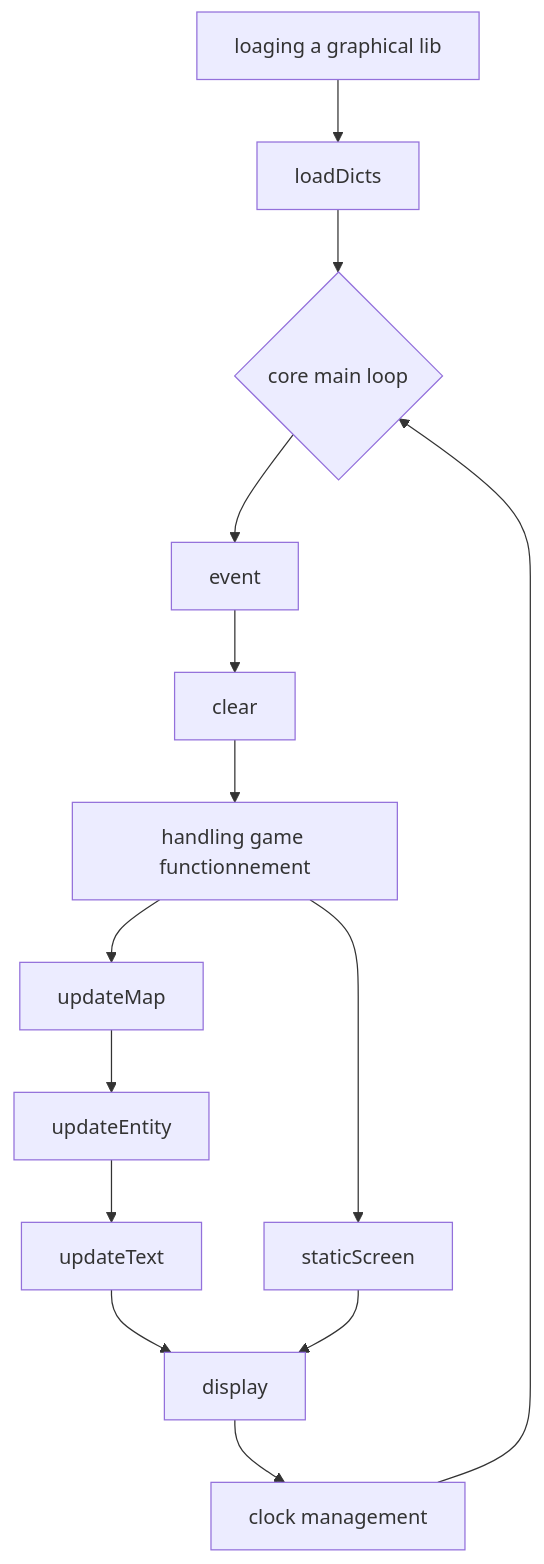
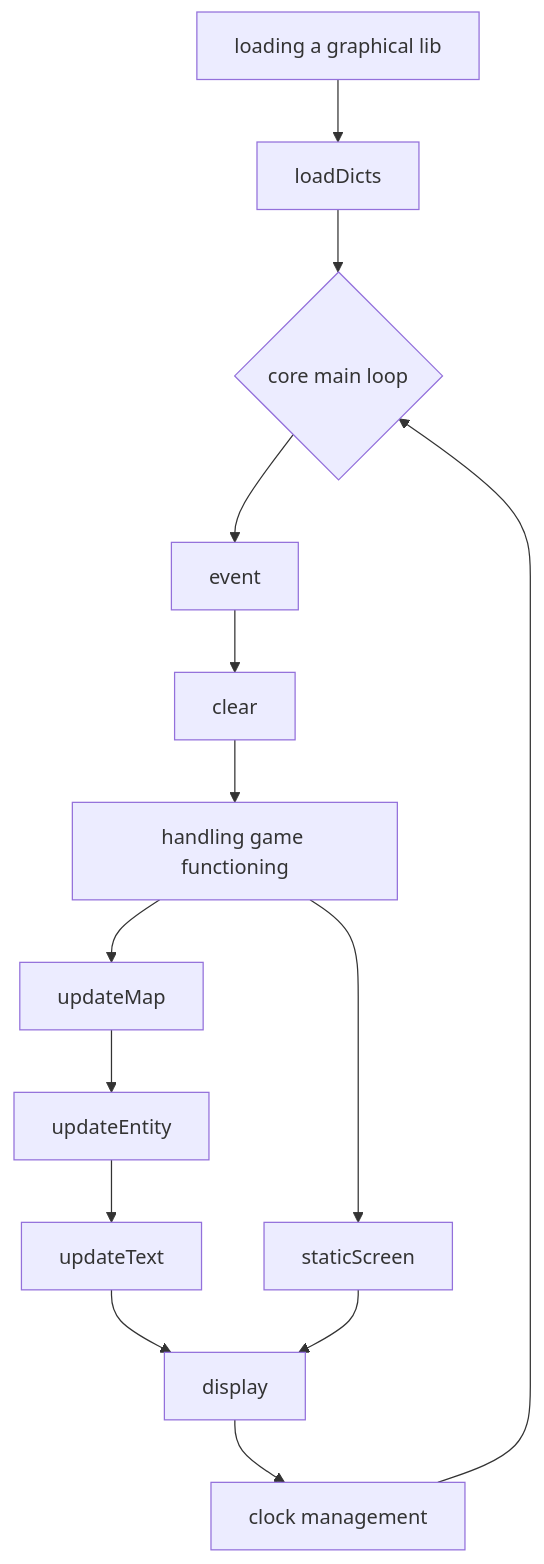
Before and after one commit to ASM-Studios/ArcadeInterfaces: the first of 3 diagrams in ReadMe.md, drawn with Mermaid. The commit also changed other lines of this file, not shown here.

````diff
--- a/ReadMe.md
+++ b/ReadMe.md
@@ -299,16 +305,16 @@
 ```mermaid
   graph TD;
-    A[loaging a graphical lib] --> B[loadDicts]
+    A[loading a graphical lib] --> B[loadDicts]
     B --> C{core main loop};
     C --> D[event];
     D --> E[clear];
-    E --> F[handling game functionnement];
+    E --> F[handling game functioning];
     F --> G[updateMap];
     G --> H[updateEntity];
     H --> I[updateText];
     F --> J[staticScreen];
     I --> K[display];
     J --> K;
     K --> L[clock management];
     L --> C;
 ```
````
